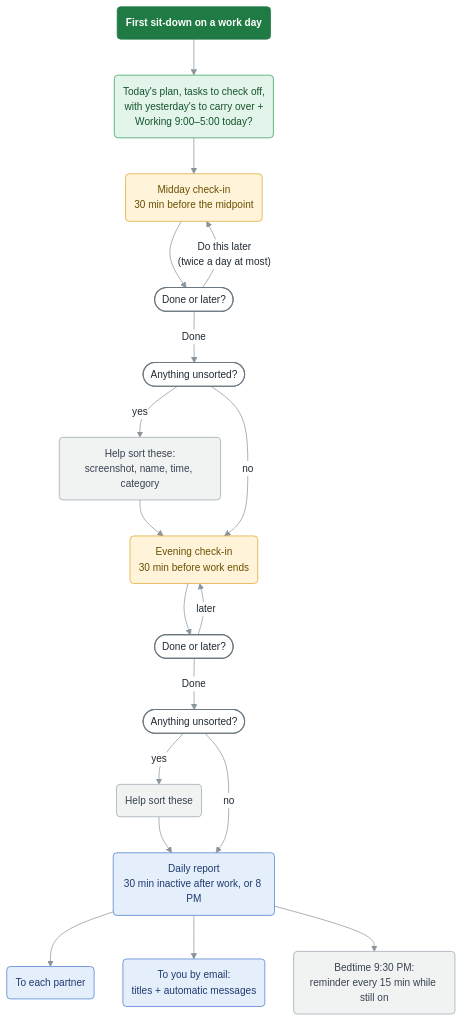
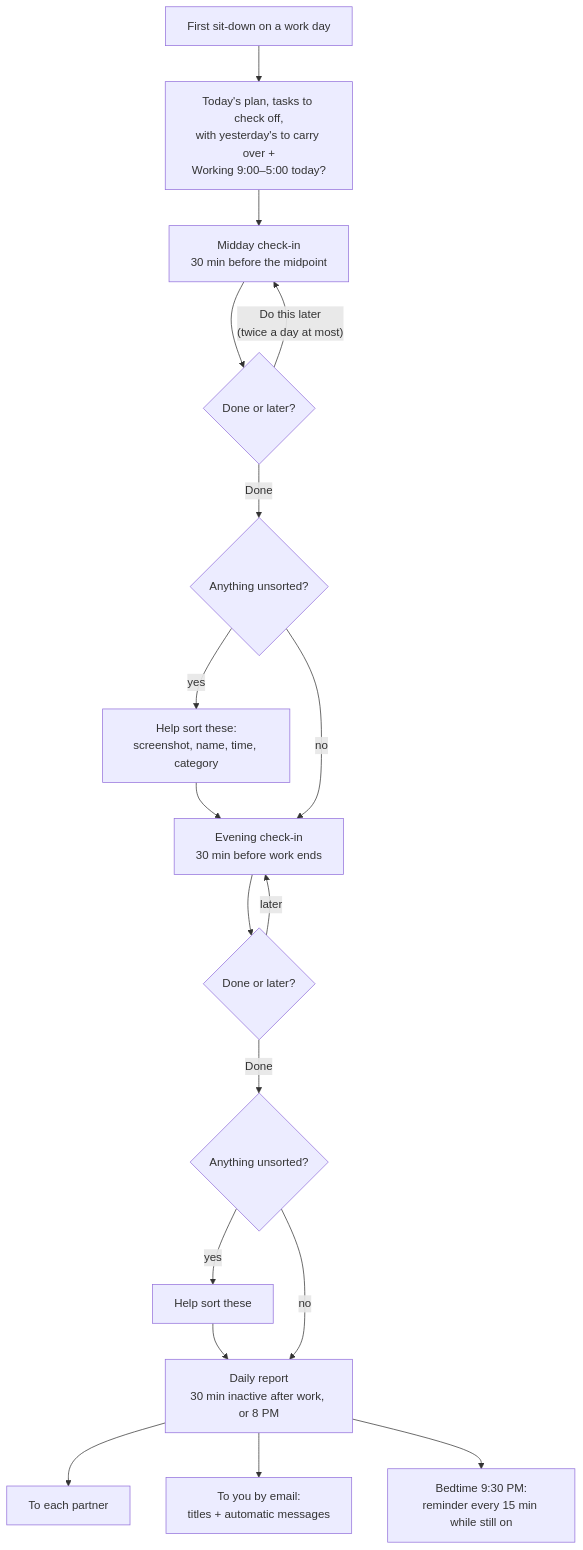
One commit to hodapp512/ontask changed the fourth of 7 diagrams in docs/FLOWS.md. Above: the diagram before and after it, drawn with Mermaid. The commit also changed other lines of this file and 1 other file, not shown here.

Commit message:
FLOWS.md: back to Mermaid's default look (the custom theme broke in IntelliJ's dark preview); keep readable state names

````diff
--- a/docs/FLOWS.md
+++ b/docs/FLOWS.md
@@ -206,33 +159,18 @@
 ```mermaid
-%%{init: {"theme": "base", "themeVariables": {"fontFamily": "-apple-system, BlinkMacSystemFont, Segoe UI, Helvetica, Arial, sans-serif", "fontSize": "14px", "primaryColor": "#F7F9F8", "primaryBorderColor": "#B8C2BC", "primaryTextColor": "#1F2933", "lineColor": "#8A949C", "edgeLabelBackground": "#FFFFFF", "tertiaryColor": "#F7F9F8", "clusterBkg": "#F4F7F5", "clusterBorder": "#C8D0CB"}, "flowchart": {"curve": "basis", "nodeSpacing": 40, "rankSpacing": 50, "padding": 12}}}%%
 flowchart TD
-    D("First sit-down on a work day") --> P("Today's plan, tasks to check off,<br/>with yesterday's to carry over +<br/>Working 9:00–5:00 today?")
-    P --> M("Midday check-in<br/>30 min before the midpoint")
-    M --> MS(["Done or later?"])
+    D[First sit-down on a work day] --> P[Today's plan, tasks to check off,<br/>with yesterday's to carry over +<br/>Working 9:00–5:00 today?]
+    P --> M[Midday check-in<br/>30 min before the midpoint]
+    M --> MS{Done or later?}
     MS -- "Do this later<br/>(twice a day at most)" --> M
-    MS -- Done --> H1(["Anything unsorted?"])
-    H1 -- yes --> SORT1("Help sort these:<br/>screenshot, name, time, category") --> E
+    MS -- Done --> H1{Anything unsorted?}
+    H1 -- yes --> SORT1[Help sort these:<br/>screenshot, name, time, category] --> E
     H1 -- no --> E
-    E("Evening check-in<br/>30 min before work ends") --> ES(["Done or later?"])
+    E[Evening check-in<br/>30 min before work ends] --> ES{Done or later?}
     ES -- later --> E
-    ES -- Done --> H2(["Anything unsorted?"])
-    H2 -- yes --> SORT2("Help sort these") --> R
+    ES -- Done --> H2{Anything unsorted?}
+    H2 -- yes --> SORT2[Help sort these] --> R
     H2 -- no --> R
-    R("Daily report<br/>30 min inactive after work, or 8 PM") --> PART("To each partner")
-    R --> ME("To you by email:<br/>titles + automatic messages")
-    R --> B("Bedtime 9:30 PM:<br/>reminder every 15 min while still on")
-
-    classDef start fill:#1F7A44,stroke:#1F7A44,color:#FFFFFF,font-weight:bold
-    classDef good fill:#E3F4EA,stroke:#2E9E5B,color:#14532D
-    classDef bad fill:#FBE7E7,stroke:#D64545,color:#7F1D1D
-    classDef warn fill:#FFF4DA,stroke:#E0A526,color:#6B4E00
-    classDef partner fill:#E5EEFB,stroke:#4A7BD0,color:#1E3A6E
-    classDef quiet fill:#F1F3F2,stroke:#9AA5B1,color:#374151
-    class D start
-    class P good
-    class M,E warn
-    class SORT1,SORT2,B quiet
-    class R,PART,ME partner
-    classDef ask fill:#FFFFFF,stroke:#6B7780,stroke-width:1.5px,color:#1F2933
-    class ES,H1,H2,MS ask
+    R[Daily report<br/>30 min inactive after work, or 8 PM] --> PART[To each partner]
+    R --> ME[To you by email:<br/>titles + automatic messages]
+    R --> B[Bedtime 9:30 PM:<br/>reminder every 15 min while still on]
 ```
````
